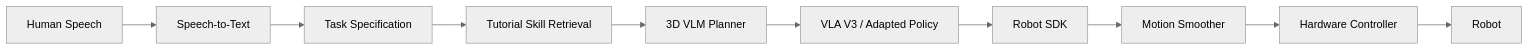
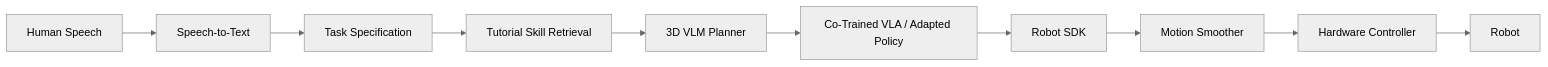
Before and after one commit to Freelunch-AI/freelunch-ide: diagram 15 of 17 in docs/specs/post-demo/lunch_robotics.md, drawn with Mermaid (neutral theme). The commit also changed other lines of this file, not shown here.

````diff
--- a/docs/specs/post-demo/lunch_robotics.md
+++ b/docs/specs/post-demo/lunch_robotics.md
@@ -877,16 +1178,16 @@
 ```mermaid
 flowchart LR
     A["Human Speech"]
     --> B["Speech-to-Text"]
 
     B --> C["Task Specification"]
     C --> D["Tutorial Skill Retrieval"]
 
     D --> E["3D VLM Planner"]
-    E --> F["VLA V3 / Adapted Policy"]
+    E --> F["Co-Trained VLA / Adapted Policy"]
 
     F --> G["Robot SDK"]
     G --> H["Motion Smoother"]
     H --> I["Hardware Controller"]
     I --> J["Robot"]
 ```
````
